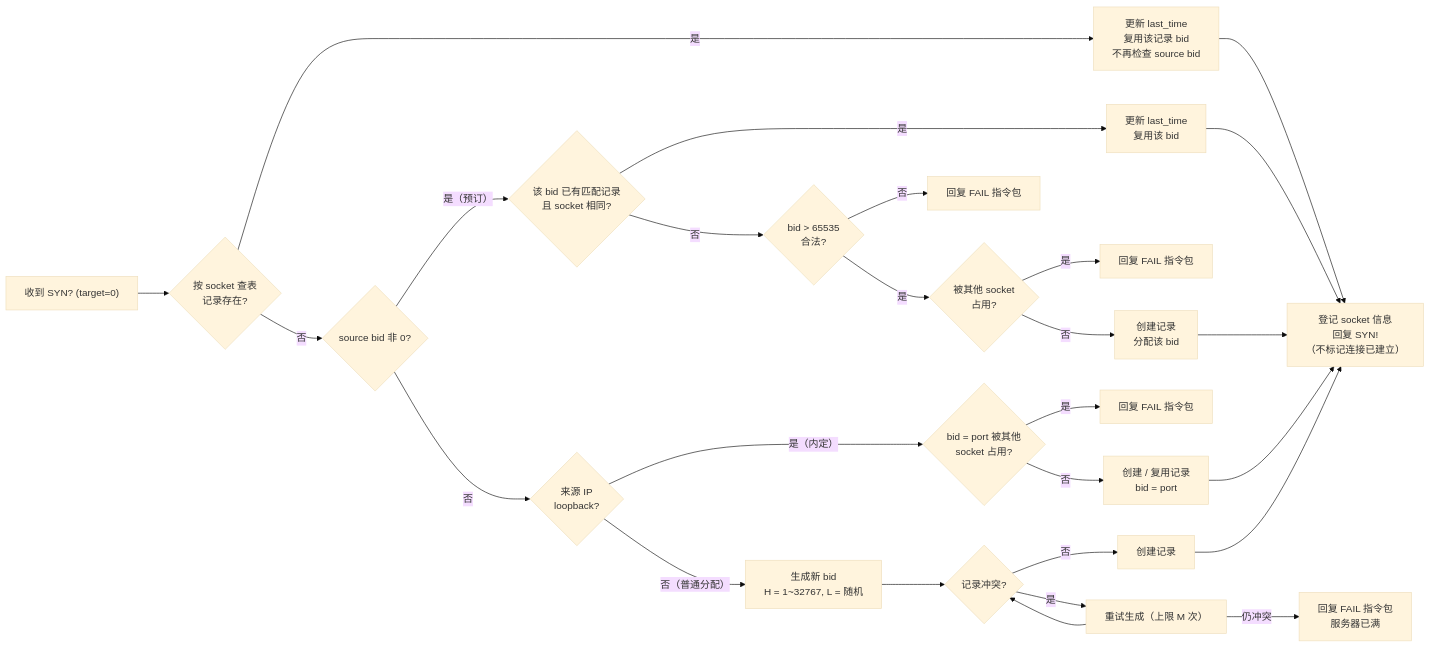
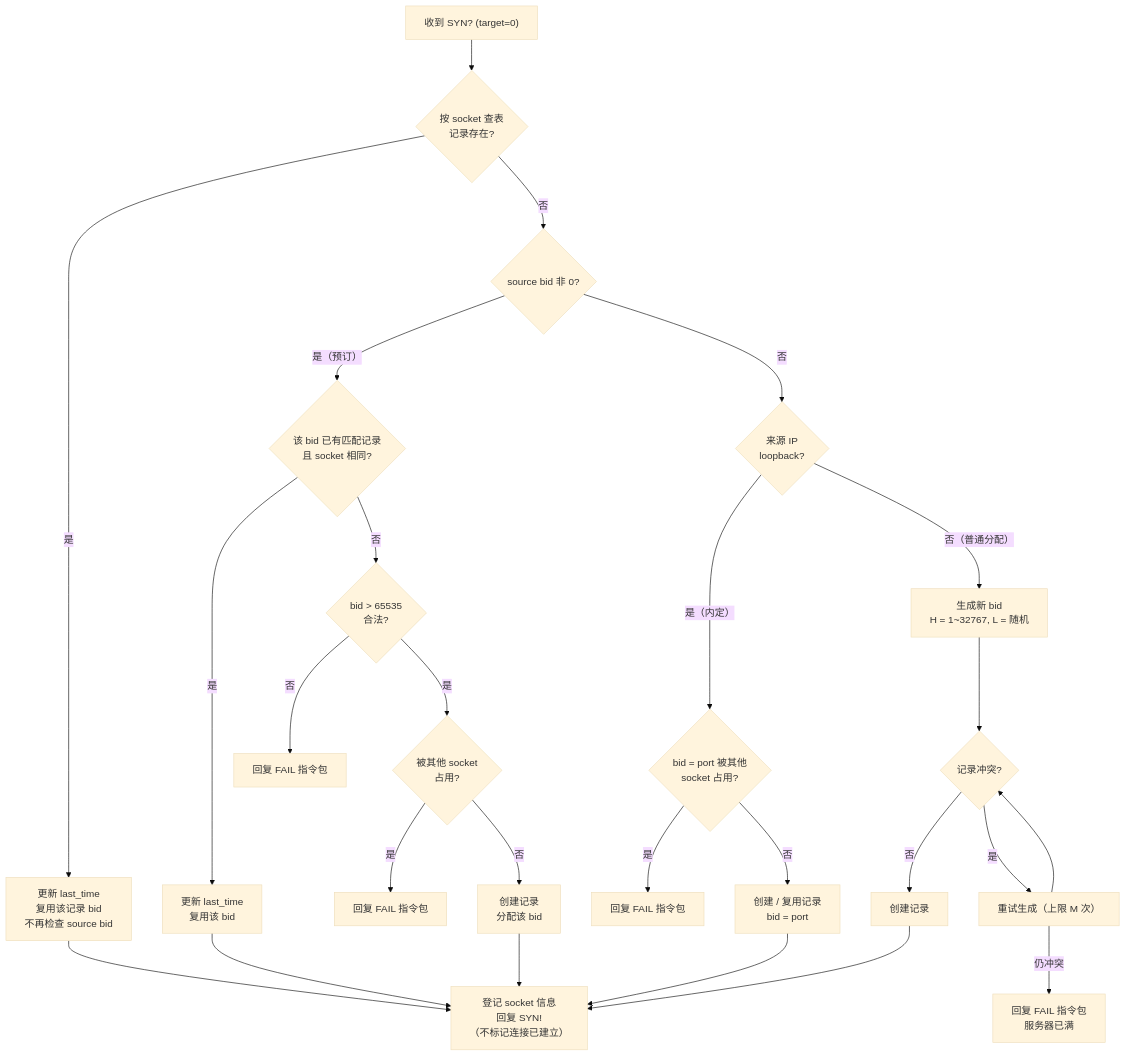
The diagram in docs/server.md (moky/magpie), drawn with Mermaid (base theme) before and after one commit. The commit also changed other lines of this file and 14 other files, not shown here.

````diff
--- a/docs/server.md
+++ b/docs/server.md
@@ -93,32 +95,32 @@
 ```mermaid
-flowchart LR
+flowchart TD
     IN["收到 SYN? (target=0)"] --> Q0{"按 socket 查表<br/>记录存在?"}
     Q0 -- 是 --> REUSE["更新 last_time<br/>复用该记录 bid<br/>不再检查 source bid"]
     Q0 -- 否 --> Q1{"source bid 非 0?"}
 
     Q1 -- 是（预订） --> Q2{"该 bid 已有匹配记录<br/>且 socket 相同?"}
     Q2 -- 是 --> REUSE2["更新 last_time<br/>复用该 bid"]
     Q2 -- 否 --> Q3{"bid > 65535<br/>合法?"}
     Q3 -- 否 --> FAIL1["回复 FAIL 指令包"]
     Q3 -- 是 --> Q4{"被其他 socket<br/>占用?"}
     Q4 -- 是 --> FAIL2["回复 FAIL 指令包"]
     Q4 -- 否 --> ALLOC1["创建记录<br/>分配该 bid"]
 
     Q1 -- 否 --> Q5{"来源 IP<br/>loopback?"}
     Q5 -- 是（内定） --> Q6{"bid = port 被其他<br/>socket 占用?"}
     Q6 -- 是 --> FAIL3["回复 FAIL 指令包"]
     Q6 -- 否 --> ALLOC2["创建 / 复用记录<br/>bid = port"]
 
     Q5 -- 否（普通分配） --> GEN["生成新 bid<br/>H = 1~32767, L = 随机"]
     GEN --> Q7{"记录冲突?"}
     Q7 -- 否 --> ALLOC3["创建记录"]
     Q7 -- 是 --> RETRY["重试生成（上限 M 次）"]
     RETRY --> Q7
     RETRY -- 仍冲突 --> FAIL4["回复 FAIL 指令包<br/>服务器已满"]
 
     REUSE --> SYNOK["登记 socket 信息<br/>回复 SYN!<br/>（不标记连接已建立）"]
     REUSE2 --> SYNOK
     ALLOC1 --> SYNOK
     ALLOC2 --> SYNOK
     ALLOC3 --> SYNOK
 ```
````
